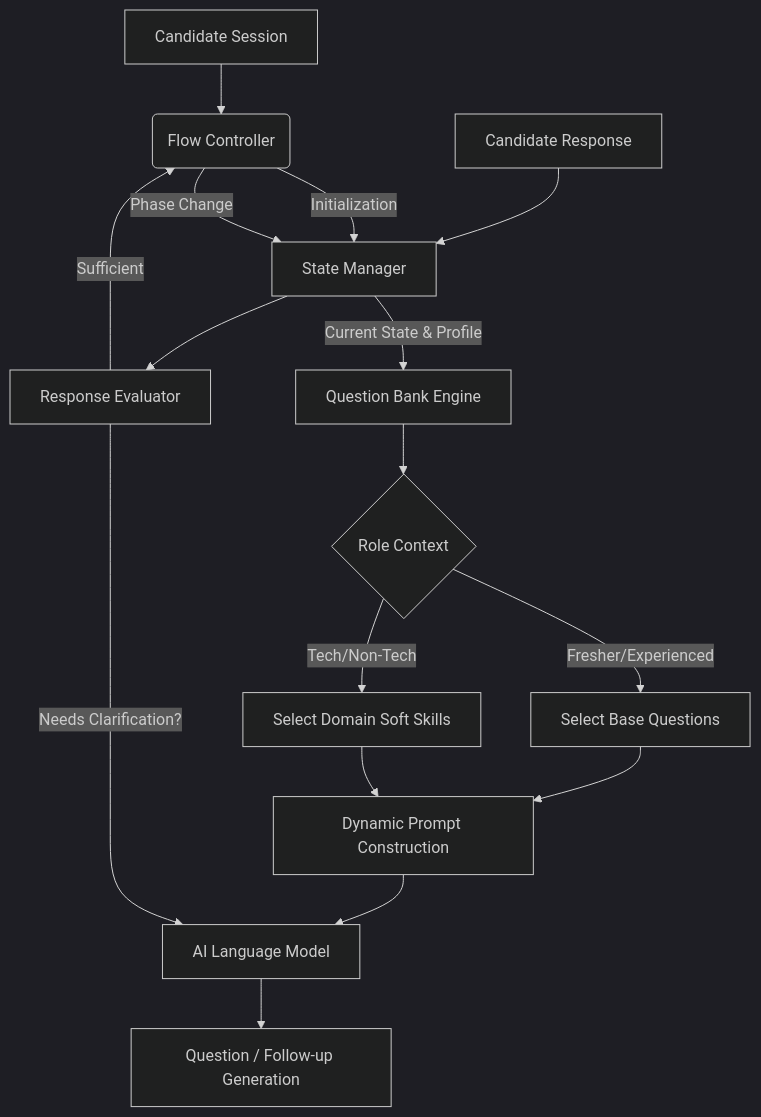
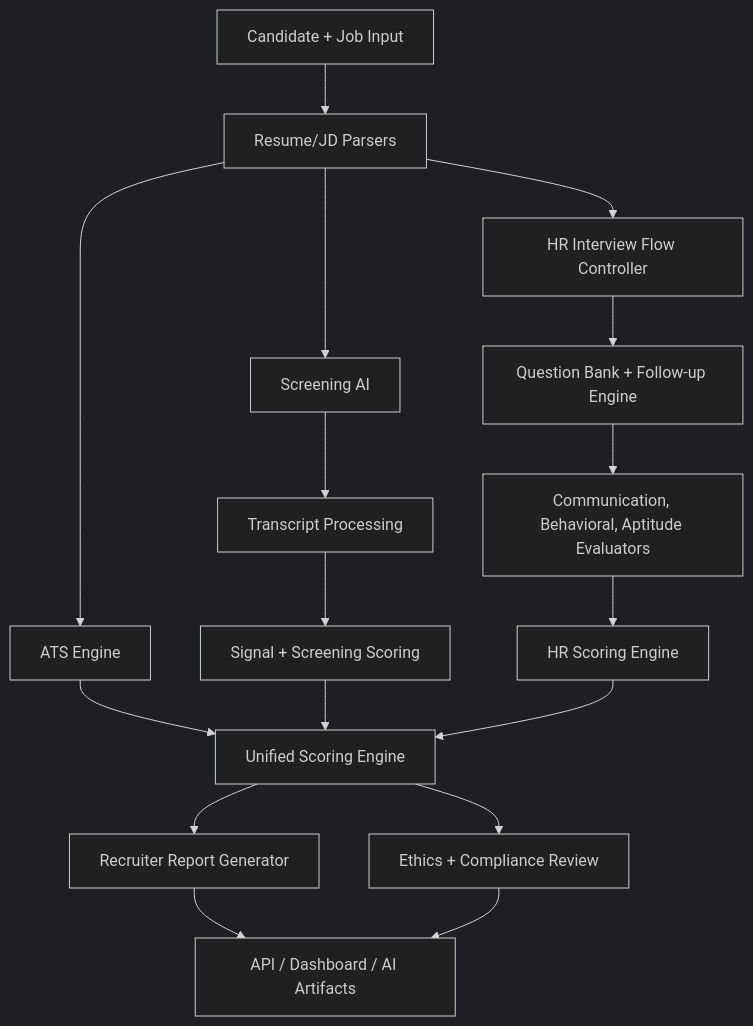
The diagram in docs/hr_interview_architecture.md (abheeja321/ai-hiring-system), drawn with Mermaid (dark theme) before and after one commit. The commit also changed other lines of this file and 35 other files, not shown here.

````diff
--- a/docs/hr_interview_architecture.md
+++ b/docs/hr_interview_architecture.md
@@ -8,22 +8,19 @@
 ```mermaid
-graph TD
-    A[Candidate Session] --> B(Flow Controller)
-    B -->|Initialization| C[State Manager]
-    B -->|Phase Change| C
-    
-    C -->|Current State & Profile| D[Question Bank Engine]
-    D --> E{Role Context}
-    E -->|Fresher/Experienced| F[Select Base Questions]
-    E -->|Tech/Non-Tech| G[Select Domain Soft Skills]
-    
-    F --> H[Dynamic Prompt Construction]
-    G --> H
-    
-    H --> I[AI Language Model]
-    I --> J[Question / Follow-up Generation]
-    
-    K[Candidate Response] --> C
-    C --> L[Response Evaluator]
-    L -->|Needs Clarification?| I
-    L -->|Sufficient| B
+flowchart TD
+    A["Candidate + Job Input"] --> B["Resume/JD Parsers"]
+    B --> C["ATS Engine"]
+    B --> D["Screening AI"]
+    D --> E["Transcript Processing"]
+    E --> F["Signal + Screening Scoring"]
+    B --> G["HR Interview Flow Controller"]
+    G --> H["Question Bank + Follow-up Engine"]
+    H --> I["Communication, Behavioral, Aptitude Evaluators"]
+    I --> J["HR Scoring Engine"]
+    C --> K["Unified Scoring Engine"]
+    F --> K
+    J --> K
+    K --> L["Recruiter Report Generator"]
+    K --> M["Ethics + Compliance Review"]
+    L --> N["API / Dashboard / AI Artifacts"]
+    M --> N
 ```
````
